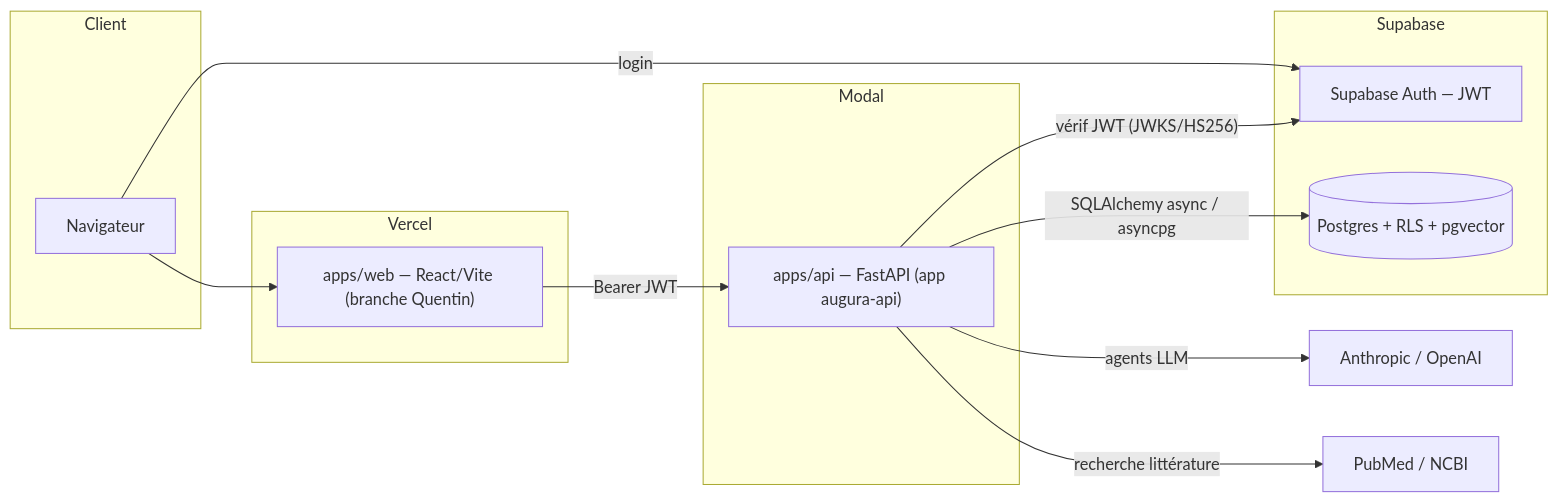
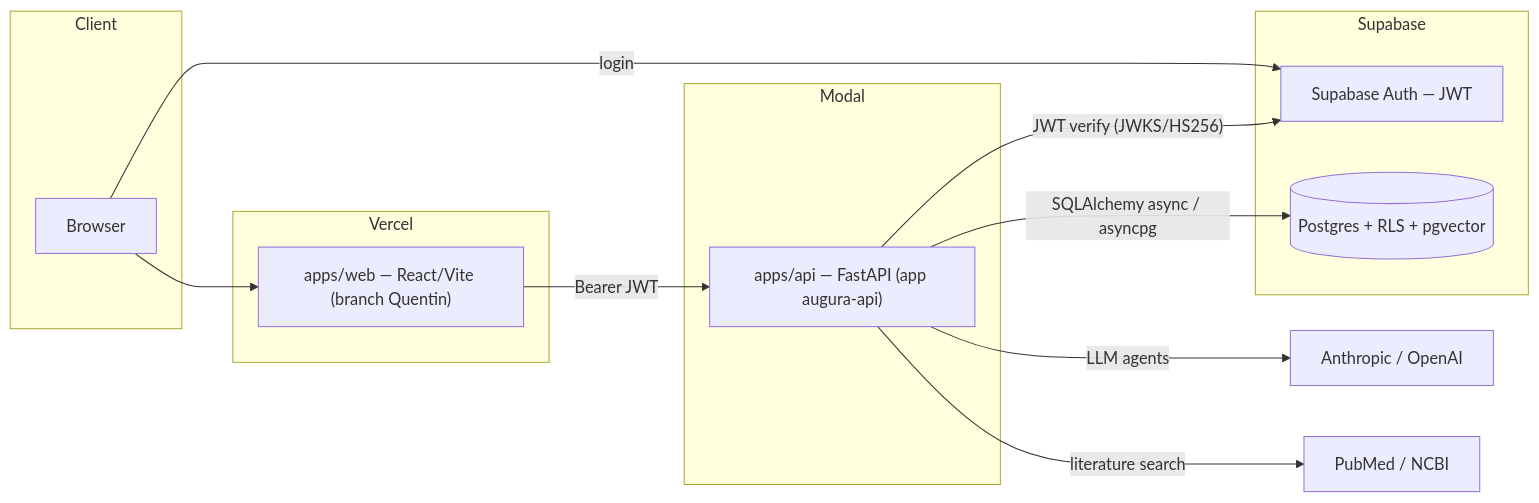
One commit to Git-Newfeatures/augura-platform-nde-dev changed the first of 4 diagrams in DESIGN.md. Above: the diagram before and after it, drawn with Mermaid. The commit also changed other lines of this file and 262 other files, not shown here.

````diff
--- a/DESIGN.md
+++ b/DESIGN.md
@@ -19,26 +19,26 @@
 ```mermaid
 flowchart LR
   subgraph Client
-    B[Navigateur]
+    B[Browser]
   end
   subgraph Vercel
-    W["apps/web — React/Vite (branche Quentin)"]
+    W["apps/web — React/Vite (branch Quentin)"]
   end
   subgraph Modal
     A["apps/api — FastAPI (app augura-api)"]
   end
   subgraph Supabase
     AUTH[Supabase Auth — JWT]
     PG[(Postgres + RLS + pgvector)]
   end
   EXT1[Anthropic / OpenAI]
   EXT2[PubMed / NCBI]
 
   B --> W
   W -- "Bearer JWT" --> A
   B -- "login" --> AUTH
-  A -- "vérif JWT (JWKS/HS256)" --> AUTH
+  A -- "JWT verify (JWKS/HS256)" --> AUTH
   A -- "SQLAlchemy async / asyncpg" --> PG
-  A -- "agents LLM" --> EXT1
-  A -- "recherche littérature" --> EXT2
+  A -- "LLM agents" --> EXT1
+  A -- "literature search" --> EXT2
 ```
````
